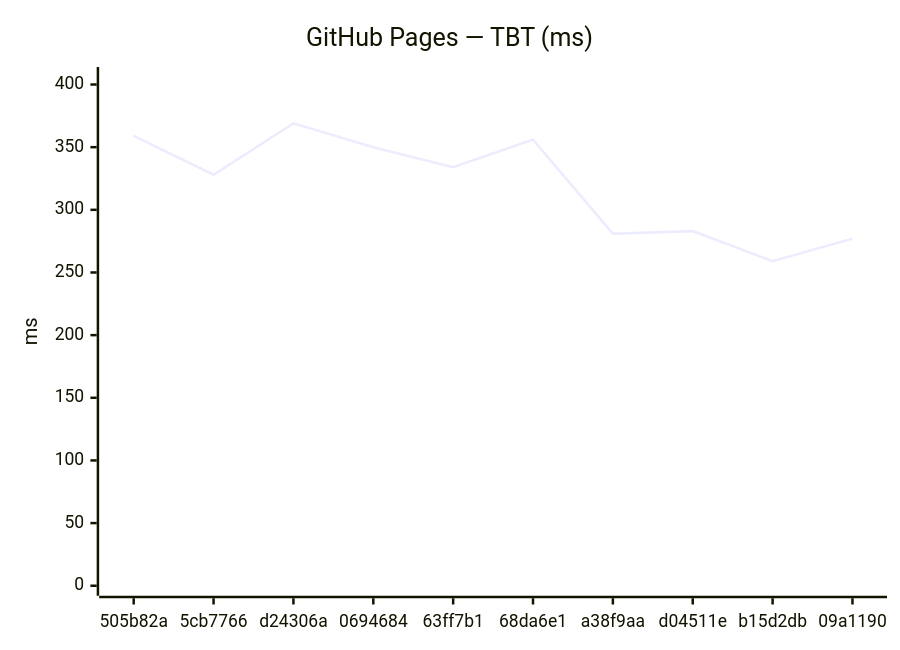
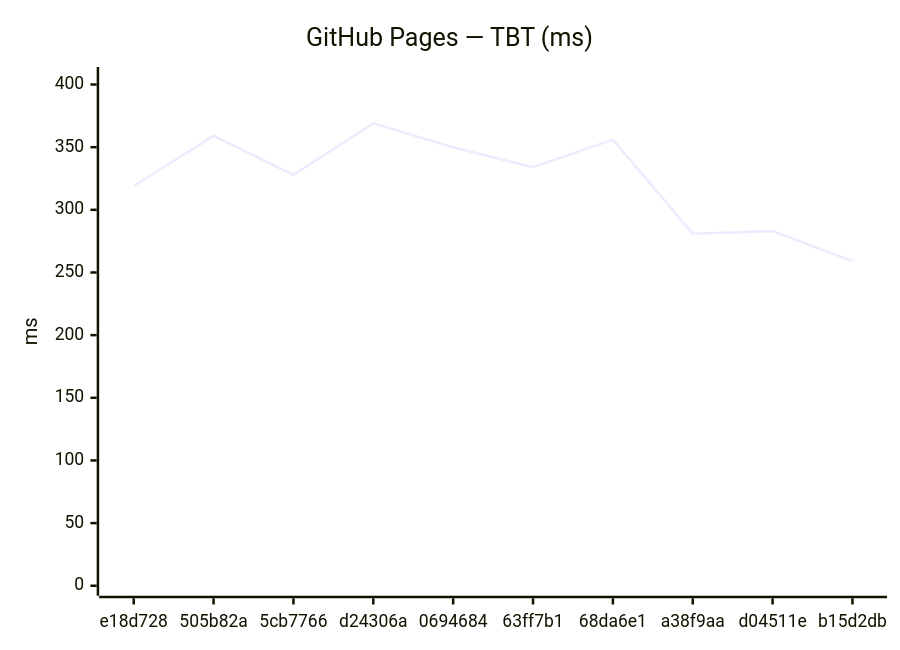
Before and after one commit to Metaheurist/Rianell: the fourth of 18 diagrams in benchmarks/compare.md, drawn with Mermaid. The commit also changed other lines of this file and 11 other files, not shown here.

````diff
--- a/benchmarks/compare.md
+++ b/benchmarks/compare.md
@@ -61,7 +61,7 @@
 ```mermaid
 xychart-beta
     title "GitHub Pages — TBT (ms)"
-    x-axis ["505b82a", "5cb7766", "d24306a", "0694684", "63ff7b1", "68da6e1", "a38f9aa", "d04511e", "b15d2db", "09a1190"]
+    x-axis ["e18d728", "505b82a", "5cb7766", "d24306a", "0694684", "63ff7b1", "68da6e1", "a38f9aa", "d04511e", "b15d2db"]
     y-axis "ms" 0 --> 406
-    line [359, 328, 369, 350, 334, 356, 281, 283, 259, 277]
+    line [319, 359, 328, 369, 350, 334, 356, 281, 283, 259]
 ```
````
